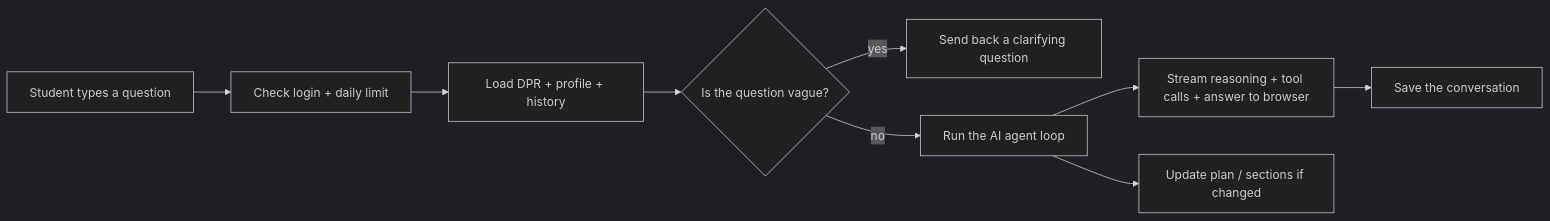
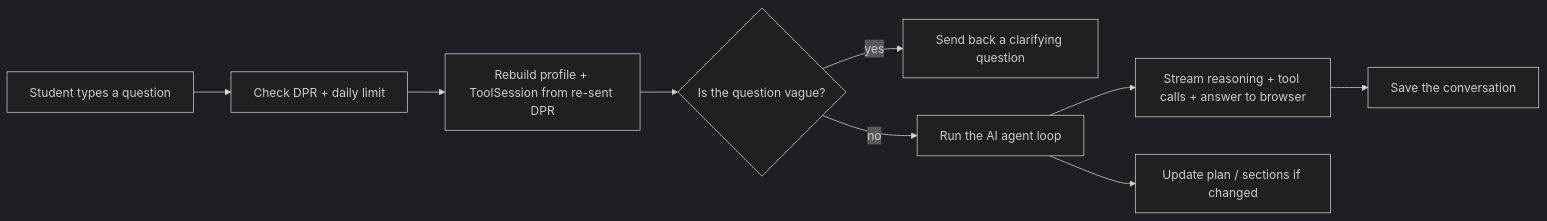
One commit to EdoardoMongardi/NYU_Path changed the first of 2 diagrams in Docs/current-system/web/chat-route-sse.md. Above: the diagram before and after it, drawn with Mermaid (dark theme). The commit also changed other lines of this file and 73 other files, not shown here.

````diff
--- a/Docs/current-system/web/chat-route-sse.md
+++ b/Docs/current-system/web/chat-route-sse.md
@@ -7,11 +11,11 @@
 ```mermaid
 flowchart LR
-    Student[Student types a question] --> Gate[Check login + daily limit]
-    Gate --> Bootstrap[Load DPR + profile + history]
-    Bootstrap --> Clarify{Is the question vague?}
+    Student[Student types a question] --> Gate[Check DPR + daily limit]
+    Gate --> Build[Rebuild profile + ToolSession from re-sent DPR]
+    Build --> Clarify{Is the question vague?}
     Clarify -->|yes| Ask[Send back a clarifying question]
     Clarify -->|no| Agent[Run the AI agent loop]
     Agent --> Stream[Stream reasoning + tool calls + answer to browser]
     Agent --> Plan[Update plan / sections if changed]
     Stream --> Save[Save the conversation]
 ```
````
